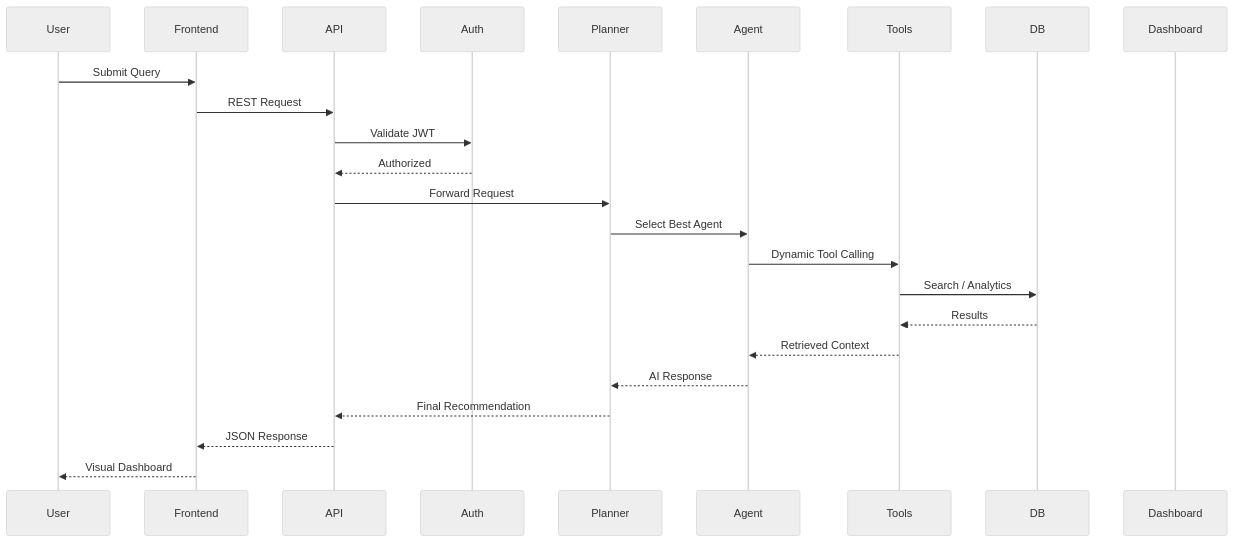
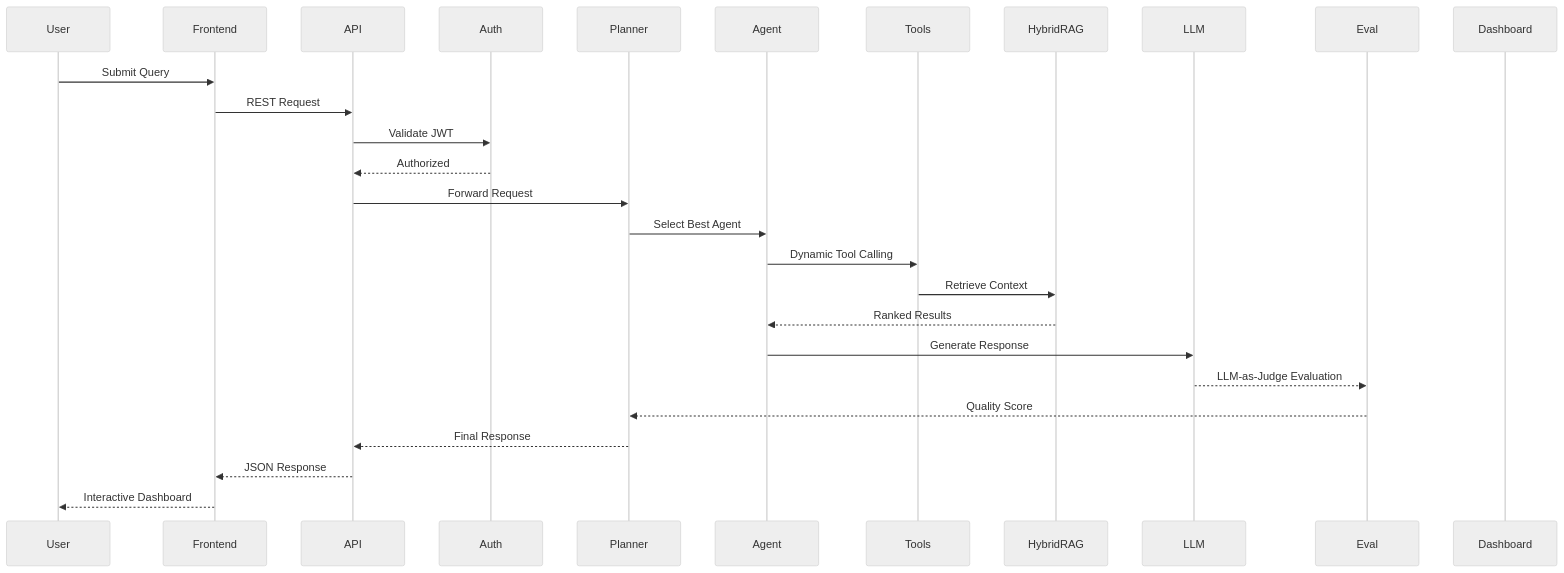
One commit to sumitsingh190/Product-Intelligence changed the second of 2 diagrams in README.md. Above: the diagram before and after it, drawn with Mermaid (neutral theme). The commit also changed other lines of this file, not shown here.

````diff
--- a/README.md
+++ b/README.md
@@ -157,41 +186,31 @@
 ```mermaid
 sequenceDiagram
 
 participant User
 participant Frontend
 participant API
 participant Auth
 participant Planner
 participant Agent
 participant Tools
-participant DB
+participant HybridRAG
+participant LLM
+participant Eval
 participant Dashboard
 
 User->>Frontend: Submit Query
-
 Frontend->>API: REST Request
-
 API->>Auth: Validate JWT
-
 Auth-->>API: Authorized
-
 API->>Planner: Forward Request
-
 Planner->>Agent: Select Best Agent
-
 Agent->>Tools: Dynamic Tool Calling
-
-Tools->>DB: Search / Analytics
-
-DB-->>Tools: Results
-
-Tools-->>Agent: Retrieved Context
-
-Agent-->>Planner: AI Response
-
-Planner-->>API: Final Recommendation
-
+Tools->>HybridRAG: Retrieve Context
+HybridRAG-->>Agent: Ranked Results
+Agent->>LLM: Generate Response
+LLM-->>Eval: LLM-as-Judge Evaluation
+Eval-->>Planner: Quality Score
+Planner-->>API: Final Response
 API-->>Frontend: JSON Response
-
-Frontend-->>User: Visual Dashboard
+Frontend-->>User: Interactive Dashboard
 ```
````
